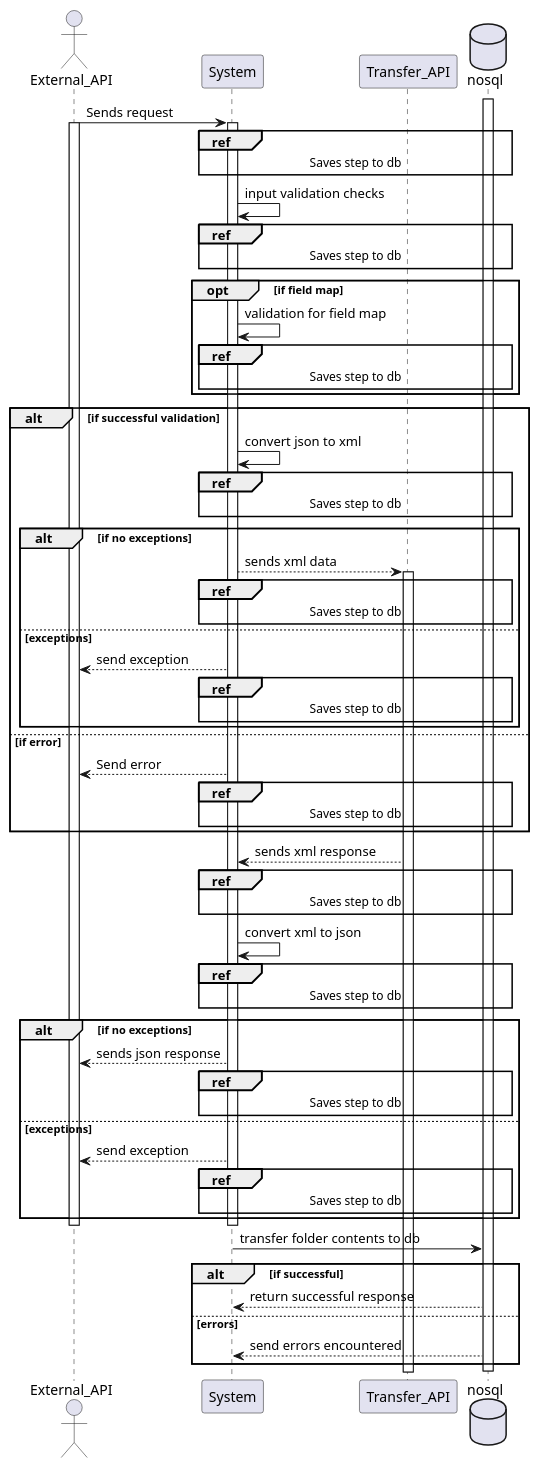
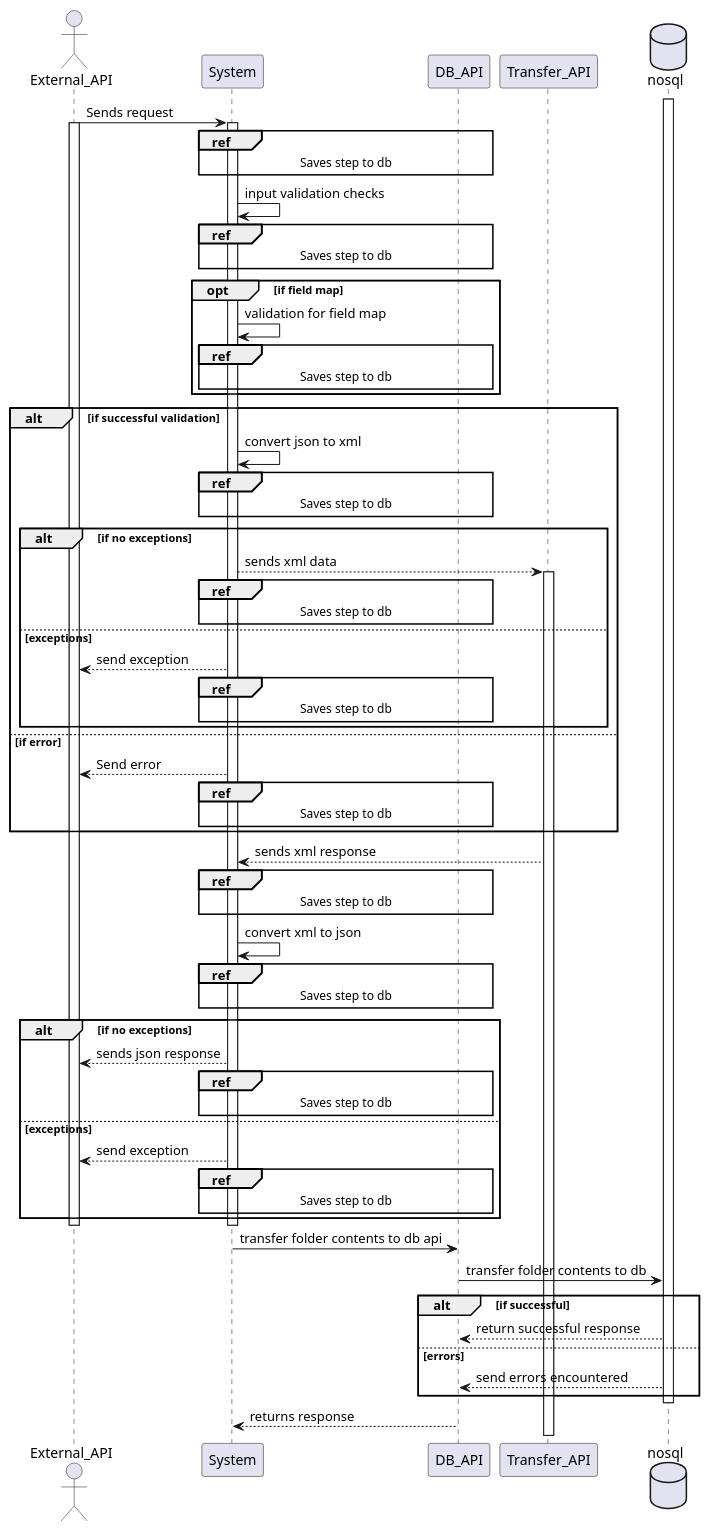
The diagram in src/doc/uml.puml (sadeeqilu/JsonToXML), drawn with PlantUML before and after one commit. The commit also changed 2 other files, not shown here.

```diff
--- a/src/doc/uml.puml
+++ b/src/doc/uml.puml
@@ -1,75 +1,78 @@
 @startuml
 actor External_API
 participant System
+participant DB_API
 participant Transfer_API
 database nosql
 
 External_API -> System : Sends request
 activate External_API
 activate System  
-ref over System, Transfer_API, nosql
- Saves step to db
-end ref
+ref over System, DB_API
+            Saves step to db
+end ref  
 System -> System : input validation checks
-ref over System, Transfer_API, nosql
- Saves step to db
-end ref
+ref over System, DB_API
+            Saves step to db
+end ref  
 opt if field map
     System -> System : validation for field map
-    ref over System, Transfer_API, nosql
-        Saves step to db
-    end ref
+    ref over System, DB_API
+            Saves step to db
+end ref  
     end
 alt if successful validation
     System -> System : convert json to xml
-    ref over System, Transfer_API, nosql
-        Saves step to db
-    end ref  
+   ref over System, DB_API
+            Saves step to db
+end ref  
     alt if no exceptions
         System --> Transfer_API : sends xml data
-        ref over System, Transfer_API, nosql
+        ref over System, DB_API
             Saves step to db
         end ref  
         activate Transfer_API
     else exceptions
         System --> External_API : send exception
-    ref over System, Transfer_API, nosql
+    ref over System, DB_API
         Saves step to db
     end ref
 end
 else if error
     System --> External_API : Send error
-    ref over System, Transfer_API, nosql
+    ref over System, DB_API
         Saves step to db
     end ref
 end
 Transfer_API --> System : sends xml response
-ref over System, Transfer_API, nosql
+ref over System, DB_API
  Saves step to db
 end ref
 System -> System : convert xml to json
-ref over System, Transfer_API, nosql
+ref over System, DB_API
  Saves step to db
 end ref
 alt if no exceptions
     System --> External_API : sends json response
-    ref over System, Transfer_API, nosql
+    ref over System, DB_API
         Saves step to db
     end ref
 else exceptions
     System --> External_API : send exception
-    ref over System, Transfer_API, nosql
+    ref over System, DB_API
         Saves step to db
     end ref
 end
 deactivate External_API
 deactivate System
 activate nosql
-System -> nosql : transfer folder contents to db
+System -> DB_API : transfer folder contents to db api
+DB_API -> nosql : transfer folder contents to db
 alt if successful
-    nosql --> System : return successful response
+    nosql --> DB_API : return successful response
 else errors
-    nosql --> System : send errors encountered
+    nosql --> DB_API : send errors encountered
 end
 deactivate nosql
+DB_API --> System : returns response
 @enduml
```
